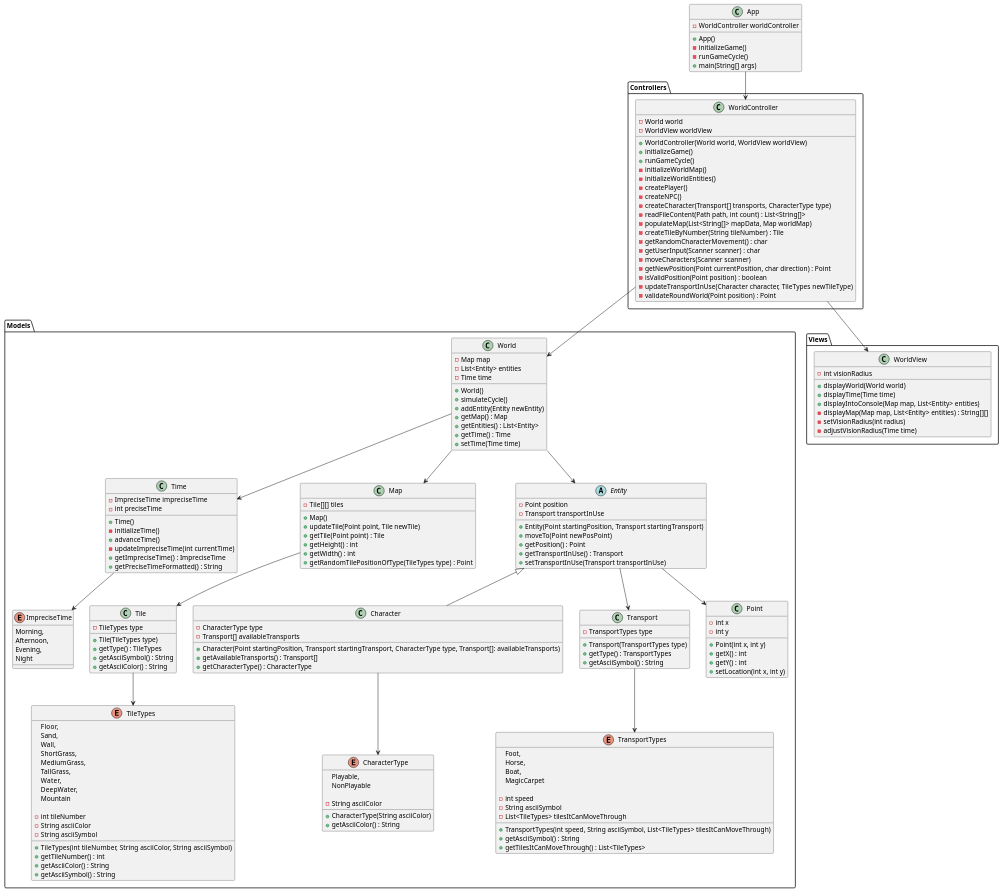
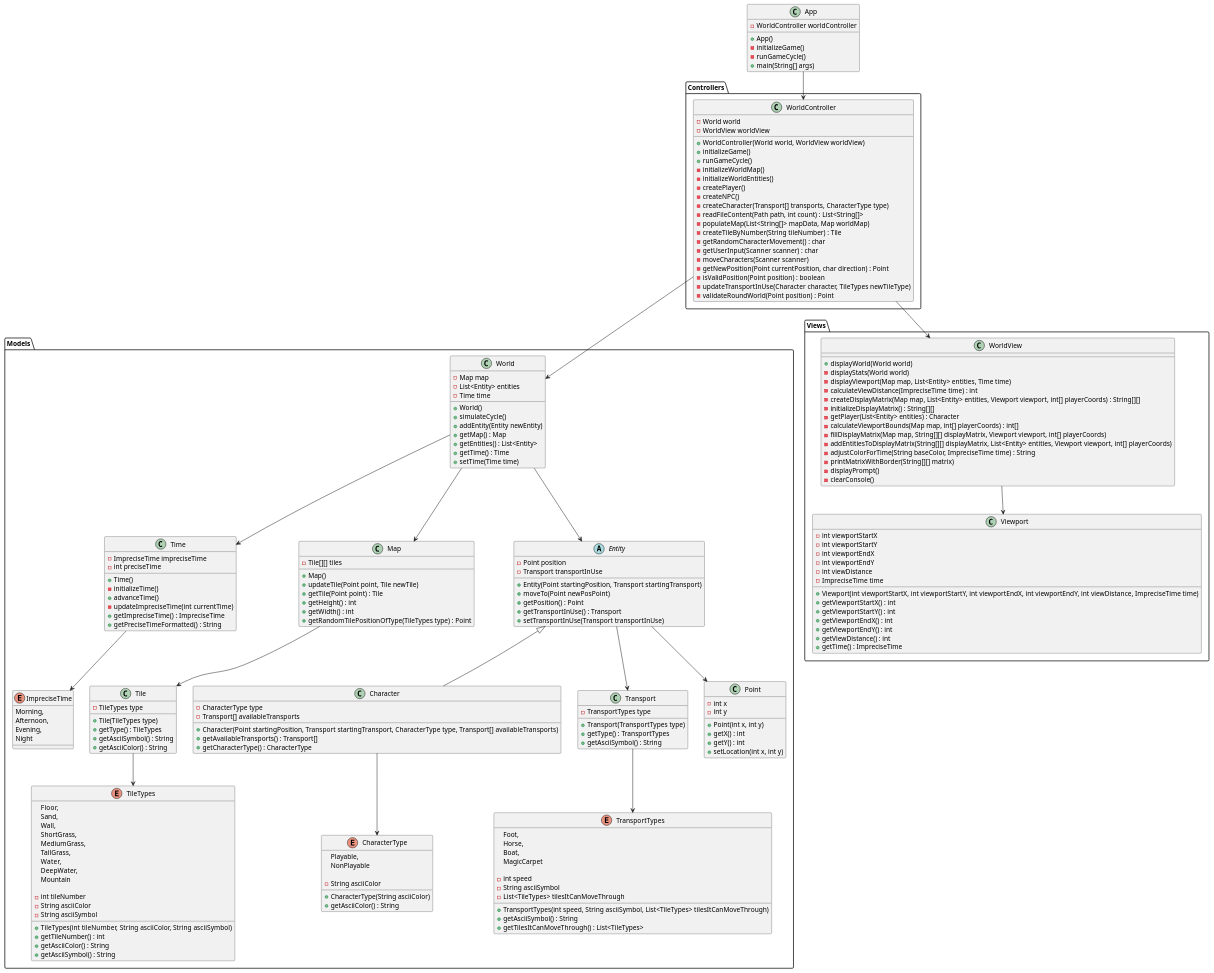
One commit to mmasias/23-24-IdSw2-SDD changed the diagram in docs/modelosUML/diagramaDeAplicacion.puml. Above: the diagram before and after it, drawn with PlantUML. The commit also changed 5 other files, not shown here.

Commit message:
feat: Updated Diagrama de Clases Practicas

```diff
--- a/docs/modelosUML/diagramaDeAplicacion.puml
+++ b/docs/modelosUML/diagramaDeAplicacion.puml
@@ -71,7 +71,7 @@
         - CharacterType type
         - Transport[] availableTransports
 
-        + Character(Point startingPosition, Transport startingTransport, CharacterType type, Transport[]: availableTransports)
+        + Character(Point startingPosition, Transport startingTransport, CharacterType type, Transport[] availableTransports)
         + getAvailableTransports() : Transport[]
         + getCharacterType() : CharacterType
     }
@@ -149,14 +149,37 @@
 
 package "Views" {
     class WorldView {
-        - int visionRadius
+        + displayWorld(World world)
+        - displayStats(World world)
+        - displayViewport(Map map, List<Entity> entities, Time time)
+        - calculateViewDistance(ImpreciseTime time) : int
+        - createDisplayMatrix(Map map, List<Entity> entities, Viewport viewport, int[] playerCoords) : String[][]
+        - initializeDisplayMatrix() : String[][]
+        - getPlayer(List<Entity> entities) : Character
+        - calculateViewportBounds(Map map, int[] playerCoords) : int[]
+        - fillDisplayMatrix(Map map, String[][] displayMatrix, Viewport viewport, int[] playerCoords)
+        - addEntitiesToDisplayMatrix(String[][] displayMatrix, List<Entity> entities, Viewport viewport, int[] playerCoords)
+        - adjustColorForTime(String baseColor, ImpreciseTime time) : String
+        - printMatrixWithBorder(String[][] matrix)
+        - displayPrompt()
+        - clearConsole()
+    }
 
-        + displayWorld(World world)
-        + displayTime(Time time)
-        + displayIntoConsole(Map map, List<Entity> entities)
-        - displayMap(Map map, List<Entity> entities) : String[][]
-        - setVisionRadius(int radius)
-        - adjustVisionRadius(Time time)
+    class Viewport {
+        - int viewportStartX
+        - int viewportStartY
+        - int viewportEndX
+        - int viewportEndY
+        - int viewDistance
+        - ImpreciseTime time
+
+        + Viewport(int viewportStartX, int viewportStartY, int viewportEndX, int viewportEndY, int viewDistance, ImpreciseTime time)
+        + getViewportStartX() : int
+        + getViewportStartY() : int
+        + getViewportEndX() : int
+        + getViewportEndY() : int
+        + getViewDistance() : int
+        + getTime() : ImpreciseTime
     }
 }
 
@@ -199,5 +222,6 @@
 WorldController --> World
 WorldController --> WorldView
 App --> WorldController
+WorldView --> Viewport
 
 @enduml
```
